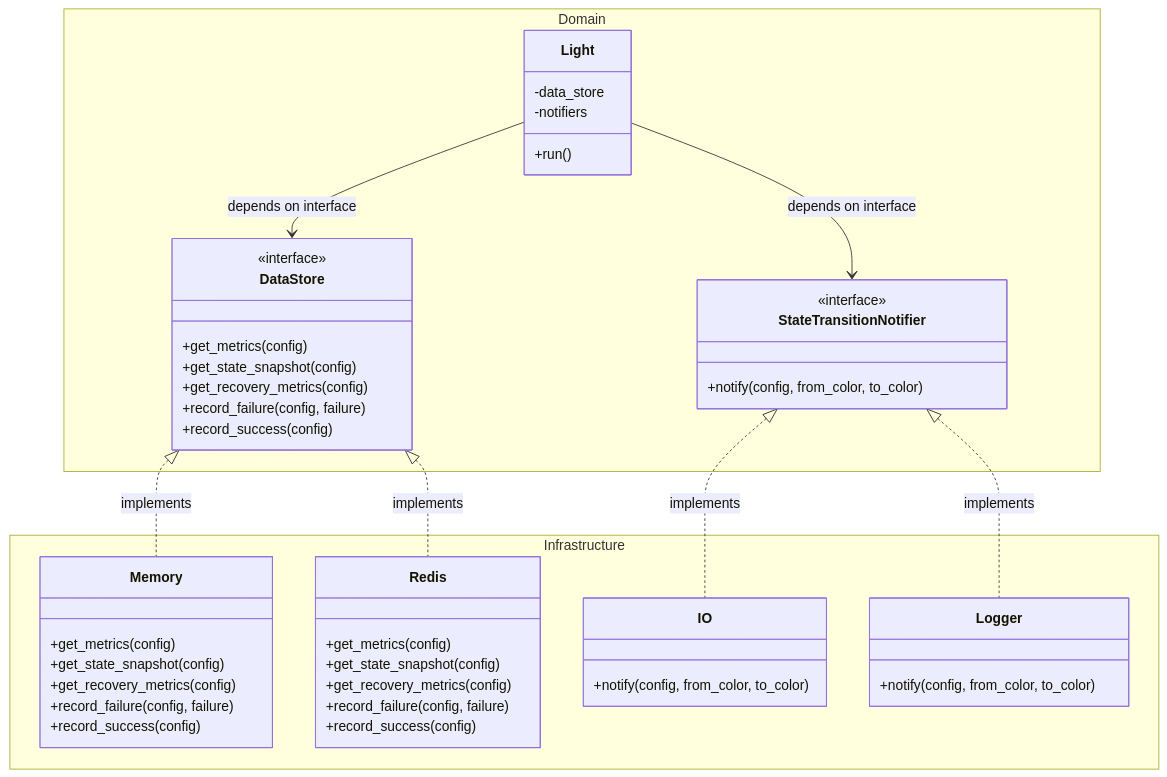
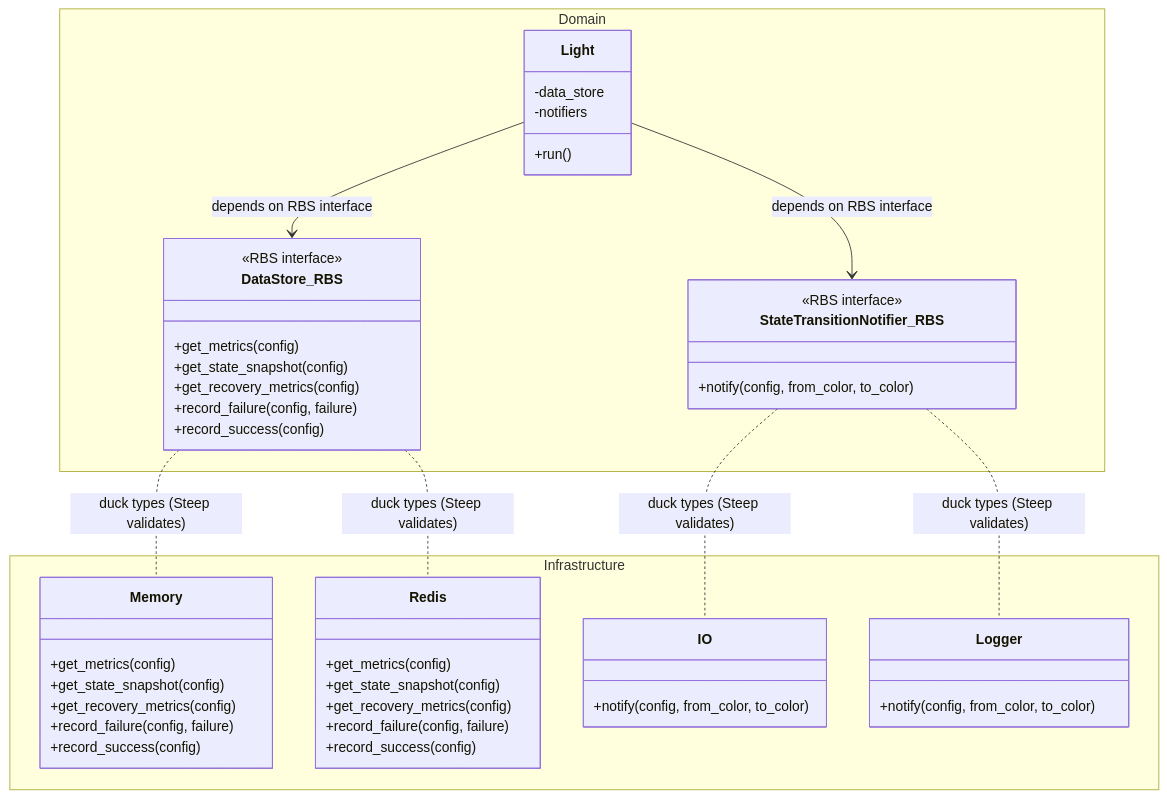
Before and after one commit to bolshakov/stoplight: the fifth of 5 diagrams in docs/architecture.md, drawn with Mermaid. The commit also changed other lines of this file and 191 other files, not shown here.

````diff
--- a/docs/architecture.md
+++ b/docs/architecture.md
@@ -354,67 +387,67 @@
 ```mermaid
 classDiagram
-    class DataStore {
-        <<interface>>
+    class DataStore_RBS {
+        <<RBS interface>>
         +get_metrics(config)
         +get_state_snapshot(config)
         +get_recovery_metrics(config)
         +record_failure(config, failure)
         +record_success(config)
     }
-    
-    class StateTransitionNotifier {
-        <<interface>>
+
+    class StateTransitionNotifier_RBS {
+        <<RBS interface>>
         +notify(config, from_color, to_color)
     }
-    
+
     class Memory {
         +get_metrics(config)
         +get_state_snapshot(config)
         +get_recovery_metrics(config)
         +record_failure(config, failure)
         +record_success(config)
     }
-    
+
     class Redis {
         +get_metrics(config)
         +get_state_snapshot(config)
         +get_recovery_metrics(config)
         +record_failure(config, failure)
         +record_success(config)
     }
-    
+
     class IO {
         +notify(config, from_color, to_color)
     }
-    
+
     class Logger {
         +notify(config, from_color, to_color)
     }
-    
+
     class Light {
         -data_store
         -notifiers
         +run()
     }
-    
-    DataStore <|.. Memory : implements
-    DataStore <|.. Redis : implements
-    StateTransitionNotifier <|.. IO : implements
-    StateTransitionNotifier <|.. Logger : implements
-    
-    Light --> DataStore : depends on interface
-    Light --> StateTransitionNotifier : depends on interface
-    
+
+    DataStore_RBS .. Memory : duck types (Steep validates)
+    DataStore_RBS .. Redis : duck types (Steep validates)
+    StateTransitionNotifier_RBS .. IO : duck types (Steep validates)
+    StateTransitionNotifier_RBS .. Logger : duck types (Steep validates)
+
+    Light --> DataStore_RBS : depends on RBS interface
+    Light --> StateTransitionNotifier_RBS : depends on RBS interface
+
     namespace Domain {
-        class DataStore
-        class StateTransitionNotifier
+        class DataStore_RBS
+        class StateTransitionNotifier_RBS
         class Light
     }
-    
+
     namespace Infrastructure {
         class Memory
         class Redis
         class IO
         class Logger
     }
 ```
````
